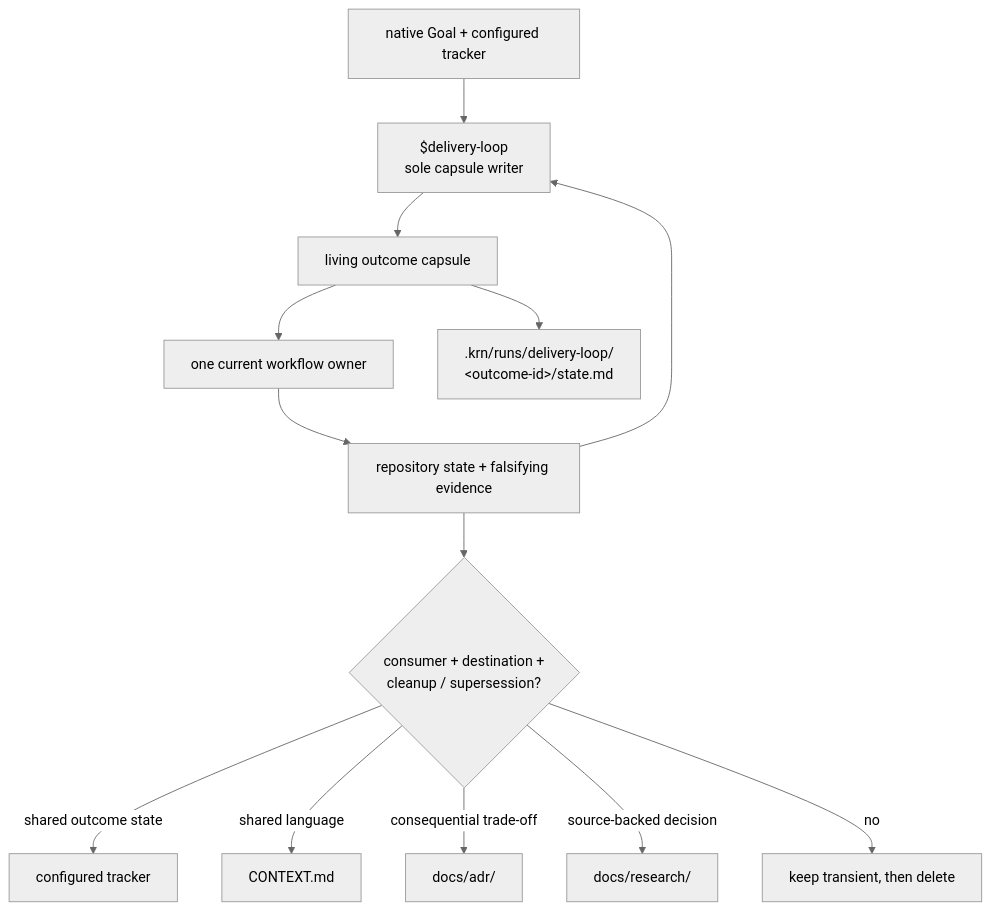
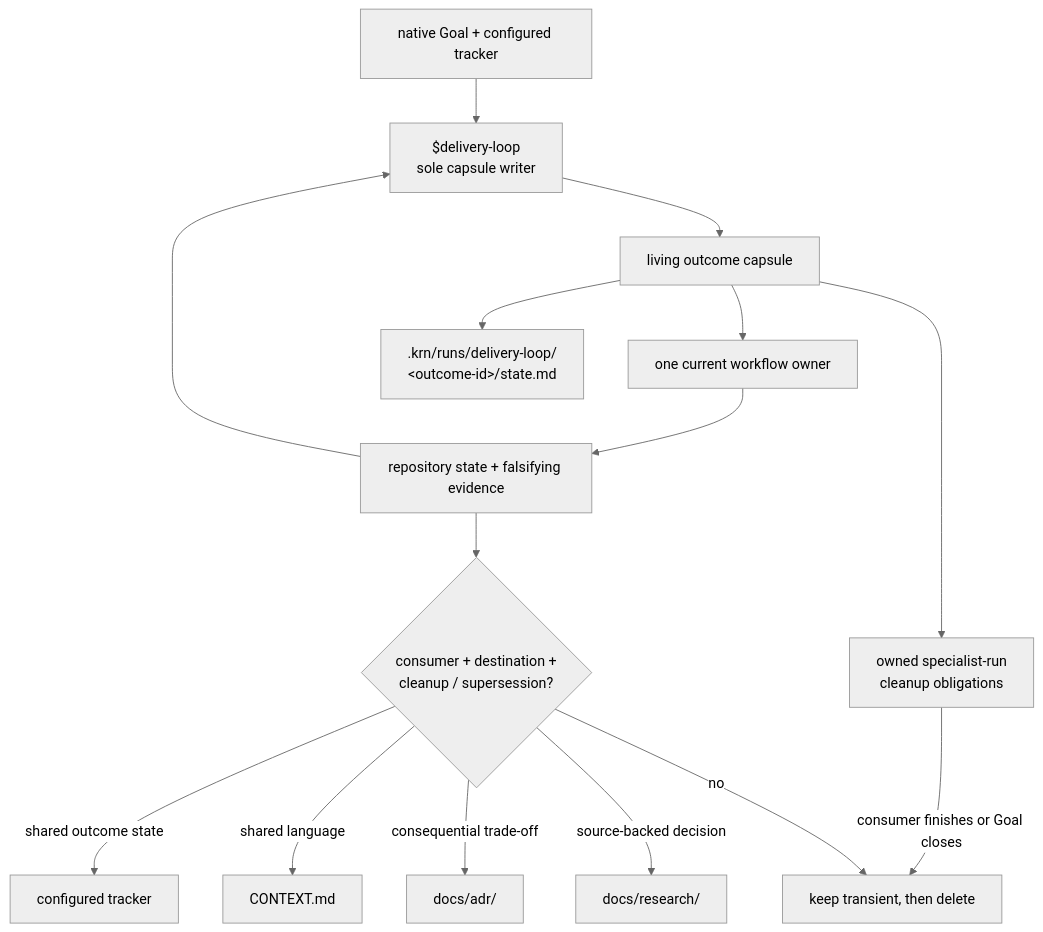
Before and after one commit to korneliuszburian/krn-codex-skills: the second of 2 diagrams in README.md, drawn with Mermaid (neutral theme). The commit also changed other lines of this file and 36 other files, not shown here.

````diff
--- a/README.md
+++ b/README.md
@@ -52,15 +51,17 @@
 ```mermaid
 flowchart TD
   GOAL["native Goal + configured tracker"] --> LOOP["$delivery-loop<br/>sole capsule writer"]
   LOOP --> CAPSULE["living outcome capsule"]
   CAPSULE --> OWNER["one current workflow owner"]
   OWNER --> EVIDENCE["repository state + falsifying evidence"]
   EVIDENCE --> LOOP
   CAPSULE --> RUNS[".krn/runs/delivery-loop/<br/>&lt;outcome-id&gt;/state.md"]
+  CAPSULE --> CLEANUP["owned specialist-run<br/>cleanup obligations"]
+  CLEANUP -->|consumer finishes or Goal closes| DELETE
   EVIDENCE --> GATE{"consumer + destination +<br/>cleanup / supersession?"}
   GATE -->|shared outcome state| TRACKER["configured tracker"]
   GATE -->|shared language| CONTEXT["CONTEXT.md"]
   GATE -->|consequential trade-off| ADR["docs/adr/"]
   GATE -->|source-backed decision| RESEARCH["docs/research/"]
   GATE -->|no| DELETE["keep transient, then delete"]
 ```
````
